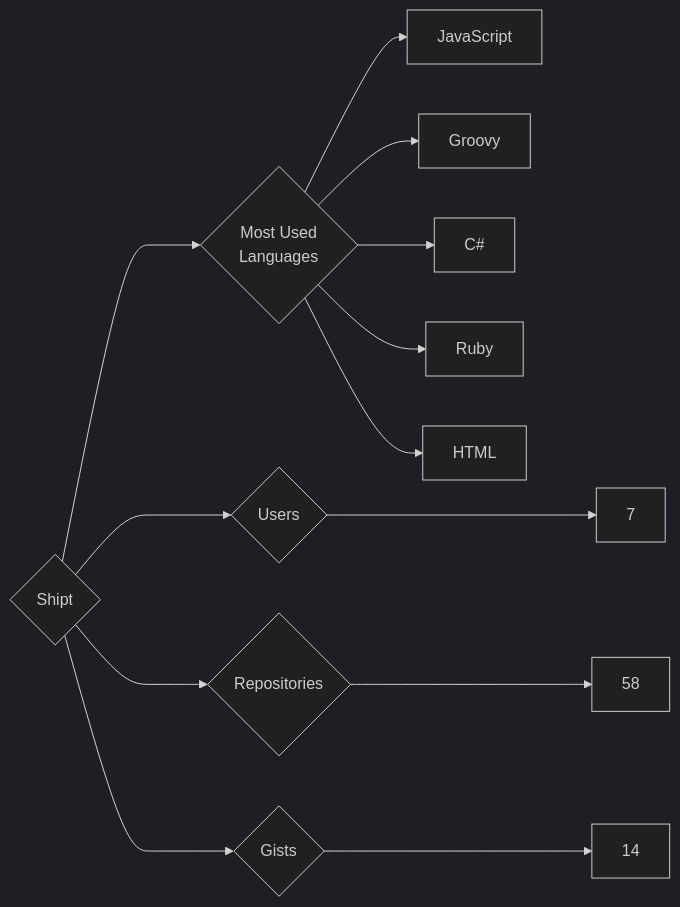
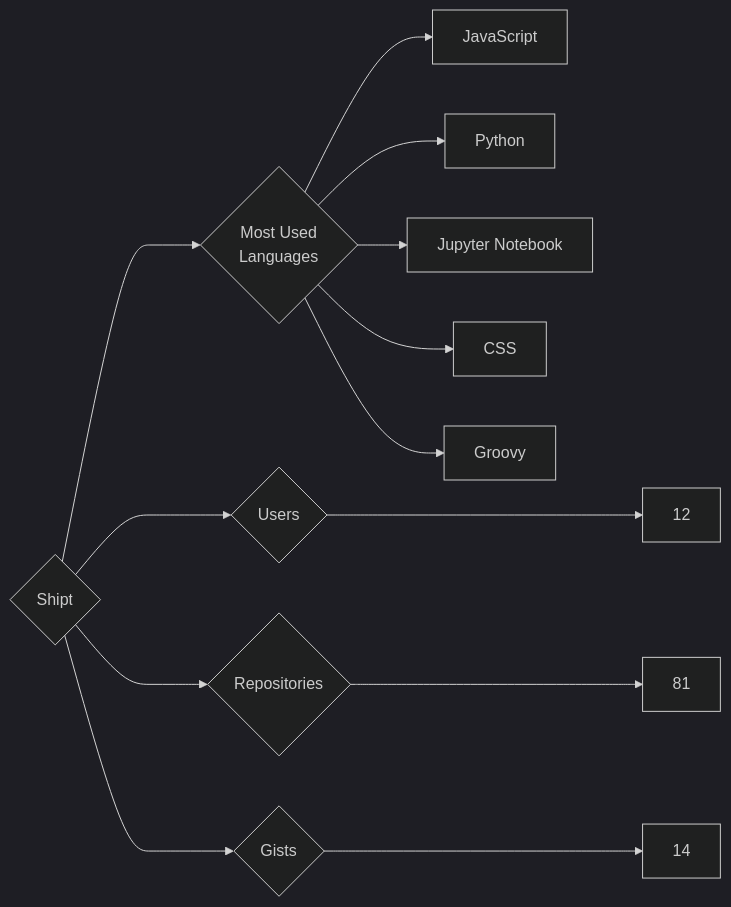
One commit to trickest/insiders changed the diagram in targets/Shipt/README.md. Above: the diagram before and after it, drawn with Mermaid (dark theme). The commit also changed 1389 other files, not shown here.

````diff
--- a/targets/Shipt/README.md
+++ b/targets/Shipt/README.md
@@ -3,13 +3,13 @@
 ```mermaid
 graph LR
 COMPANY_NAME{Shipt}
-COMPANY_NAME ---> U{Users} ---> UN[7]
-COMPANY_NAME ---> R{Repositories} ---> RN[58]
+COMPANY_NAME ---> U{Users} ---> UN[12]
+COMPANY_NAME ---> R{Repositories} ---> RN[81]
 COMPANY_NAME ---> G{Gists} ---> GN[14]
 COMPANY_NAME ---> ML{Most Used<br>Languages}
 ML --> JavaScript[JavaScript]
+ML --> Python[Python]
+ML --> Jupyter_Notebook[Jupyter Notebook]
+ML --> CSS[CSS]
 ML --> Groovy[Groovy]
-ML --> C#[C#]
-ML --> Ruby[Ruby]
-ML --> HTML[HTML]
 ```
````
